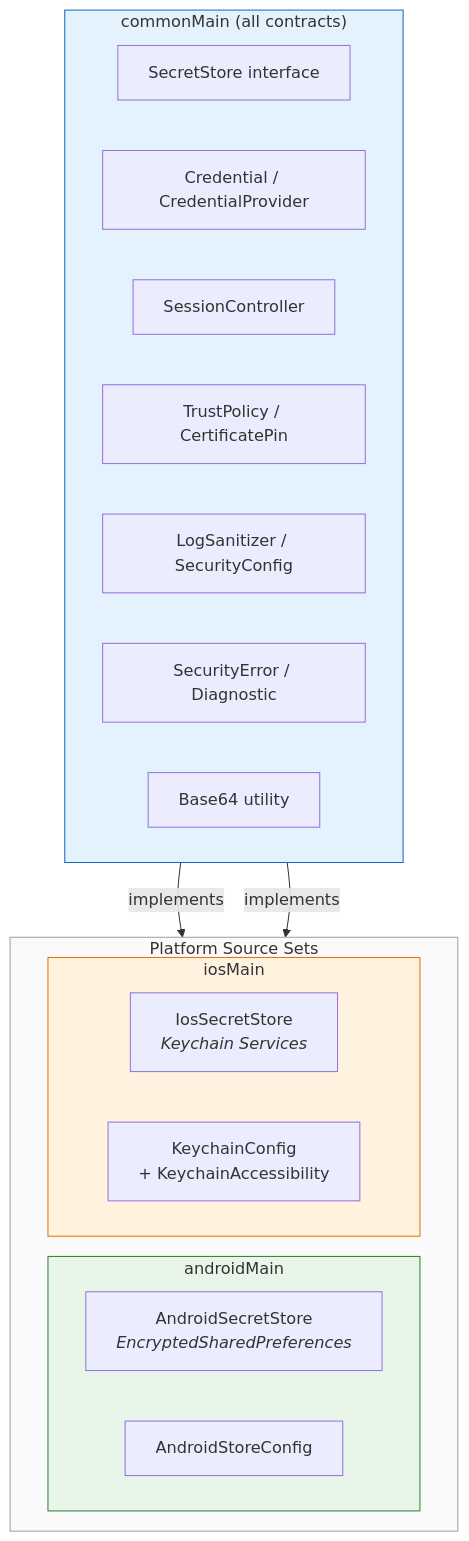
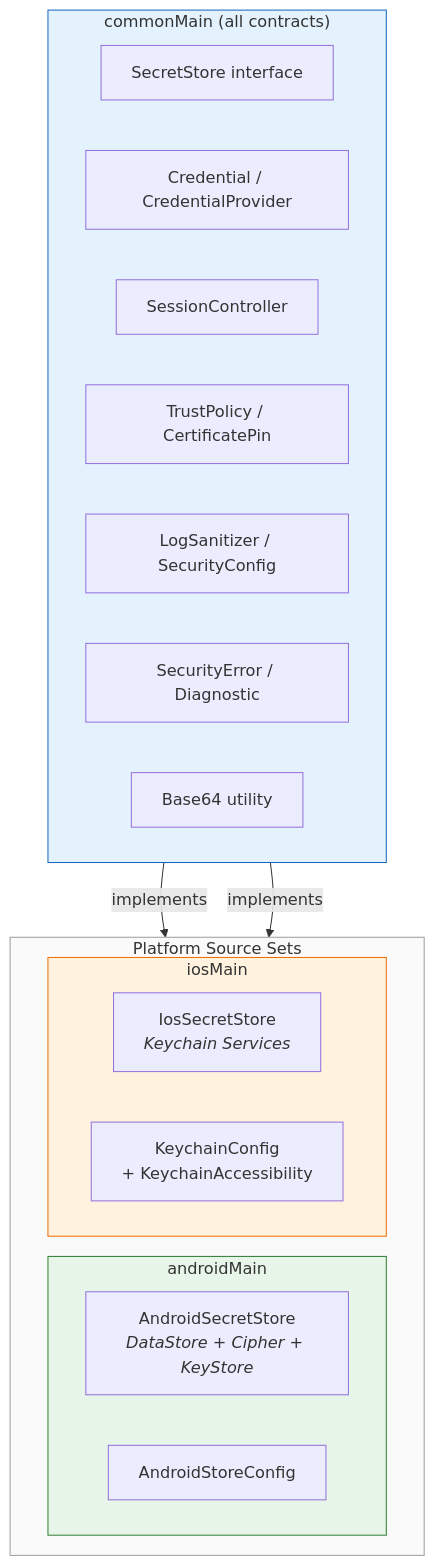
One commit to DanCrRdz93/core-data-platform changed the second of 2 diagrams in security-core/README.md. Above: the diagram before and after it, drawn with Mermaid. The commit also changed other lines of this file and 18 other files, not shown here.

````diff
--- a/security-core/README.md
+++ b/security-core/README.md
@@ -294,34 +294,34 @@
 ```mermaid
 graph TD
     subgraph commonMain["commonMain (all contracts)"]
         direction LR
         A[SecretStore interface]
         B[Credential / CredentialProvider]
         C[SessionController]
         D[TrustPolicy / CertificatePin]
         E[LogSanitizer / SecurityConfig]
         F[SecurityError / Diagnostic]
         G[Base64 utility]
     end
 
     subgraph platformSets["Platform Source Sets"]
         direction LR
         subgraph androidMain["androidMain"]
-            H["AndroidSecretStore<br/><i>EncryptedSharedPreferences</i>"]
+            H["AndroidSecretStore<br/><i>DataStore + Cipher + KeyStore</i>"]
             I[AndroidStoreConfig]
         end
 
         subgraph iosMain["iosMain"]
             J["IosSecretStore<br/><i>Keychain Services</i>"]
             K["KeychainConfig<br/>+ KeychainAccessibility"]
         end
     end
 
     A -->|implements| H
     A -->|implements| J
 
     style commonMain fill:#e3f2fd,stroke:#1565c0
     style platformSets fill:#fafafa,stroke:#9e9e9e
     style androidMain fill:#e8f5e9,stroke:#2e7d32
     style iosMain fill:#fff3e0,stroke:#ef6c00
 ```
````
